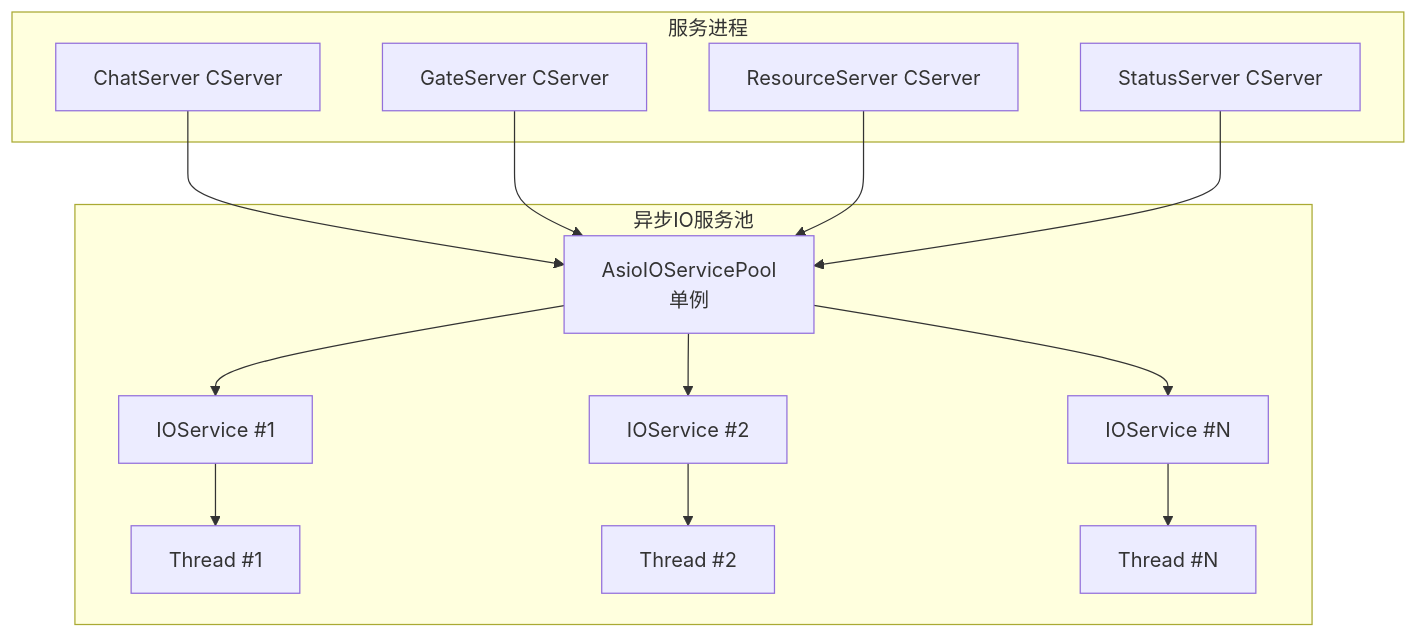
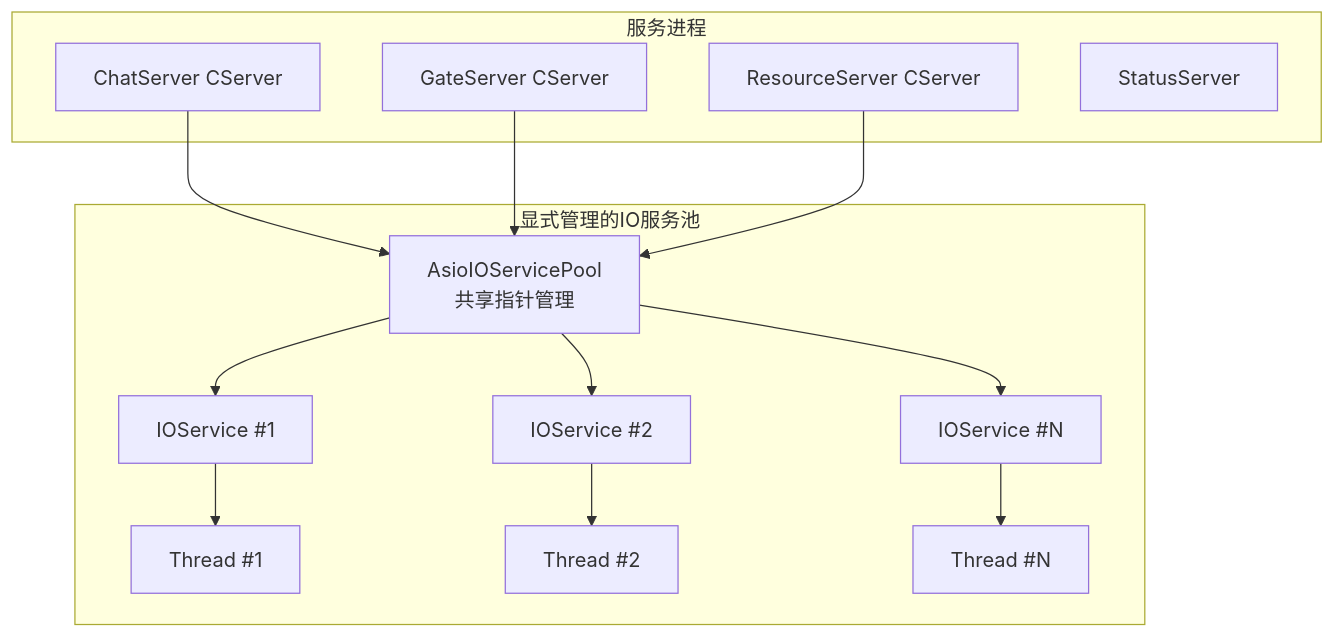
The first of 5 diagrams in .qoder/repowiki/zh/content/服务端开发/通用组件和工具/异步IO服务池.md (echo9923/mychatter), drawn with Mermaid before and after one commit. The commit also changed other lines of this file and 107 other files, not shown here.

````diff
--- a/.qoder/repowiki/zh/content/服务端开发/通用组件和工具/异步IO服务池.md
+++ b/.qoder/repowiki/zh/content/服务端开发/通用组件和工具/异步IO服务池.md
@@ -47,28 +55,27 @@
 ```mermaid
 graph TB
 subgraph "服务进程"
 CS["ChatServer CServer"]
 GS["GateServer CServer"]
 RS["ResourceServer CServer"]
-SS["StatusServer CServer"]
+SS["StatusServer"]
 end
-subgraph "异步IO服务池"
-AISP["AsioIOServicePool<br/>单例"]
+subgraph "显式管理的IO服务池"
+AISP["AsioIOServicePool<br/>共享指针管理"]
 IO1["IOService #1"]
 IO2["IOService #2"]
 IO3["IOService #N"]
 T1["Thread #1"]
 T2["Thread #2"]
 TN["Thread #N"]
 end
 CS --> AISP
 GS --> AISP
 RS --> AISP
-SS --> AISP
 AISP --> IO1
 AISP --> IO2
 AISP --> IO3
 IO1 --> T1
 IO2 --> T2
 IO3 --> TN
 ```
````
